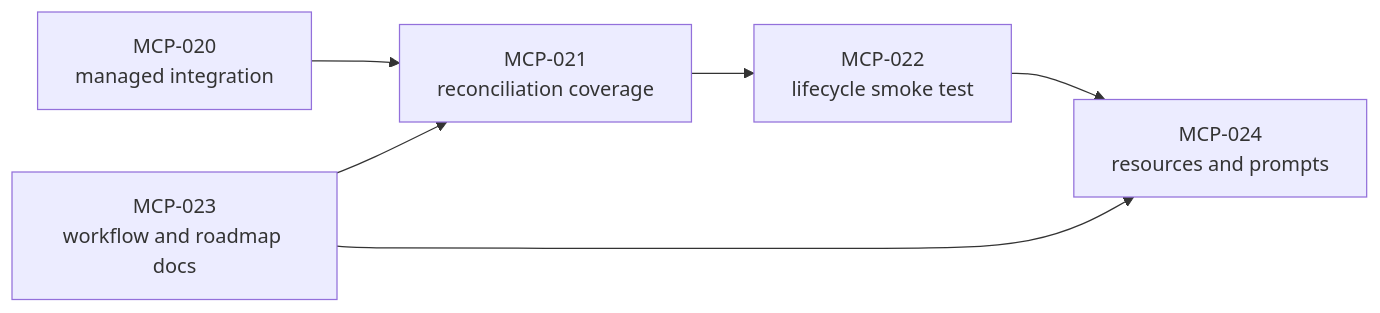
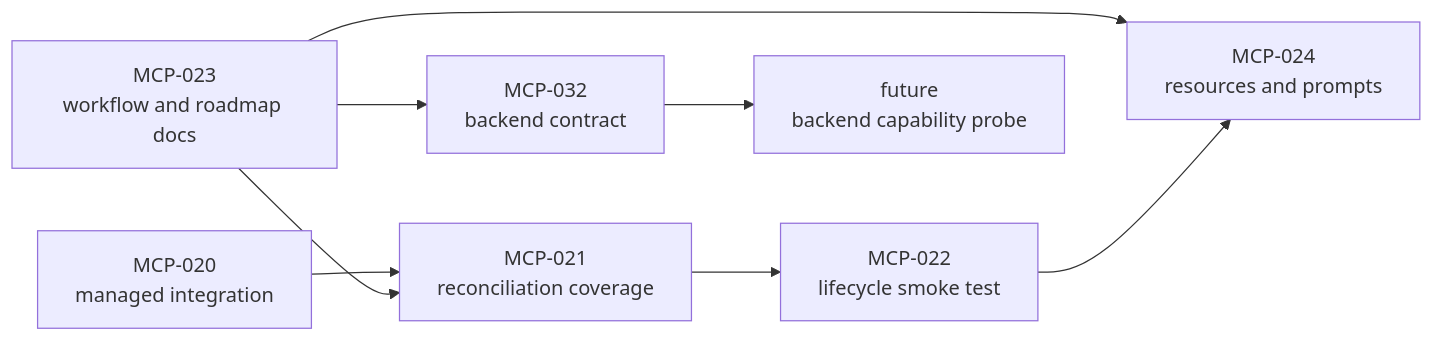
The diagram in docs/roadmap.md (junousia/platypus-mcp), drawn with Mermaid before and after one commit. The commit also changed other lines of this file and 4 other files, not shown here.

First line of the commit message:
Document distributed storage contract

````diff
--- a/docs/roadmap.md
+++ b/docs/roadmap.md
@@ -30,14 +33,17 @@
 ```mermaid
 flowchart LR
     done["MCP-020<br/>managed integration"]
     docs["MCP-023<br/>workflow and roadmap docs"]
     rec["MCP-021<br/>reconciliation coverage"]
     smoke["MCP-022<br/>lifecycle smoke test"]
     prompts["MCP-024<br/>resources and prompts"]
+    storage["MCP-032<br/>backend contract"]
+    probe["future<br/>backend capability probe"]
 
     done --> rec
     docs --> rec
     rec --> smoke
     docs --> prompts
     smoke --> prompts
+    docs --> storage --> probe
 ```
````
